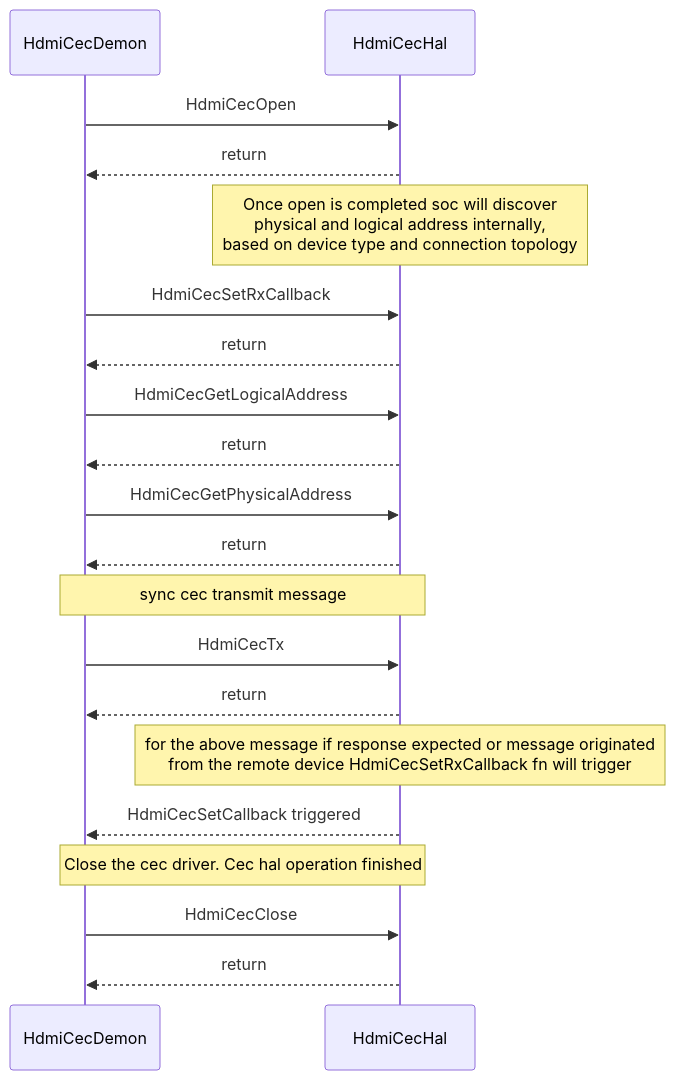
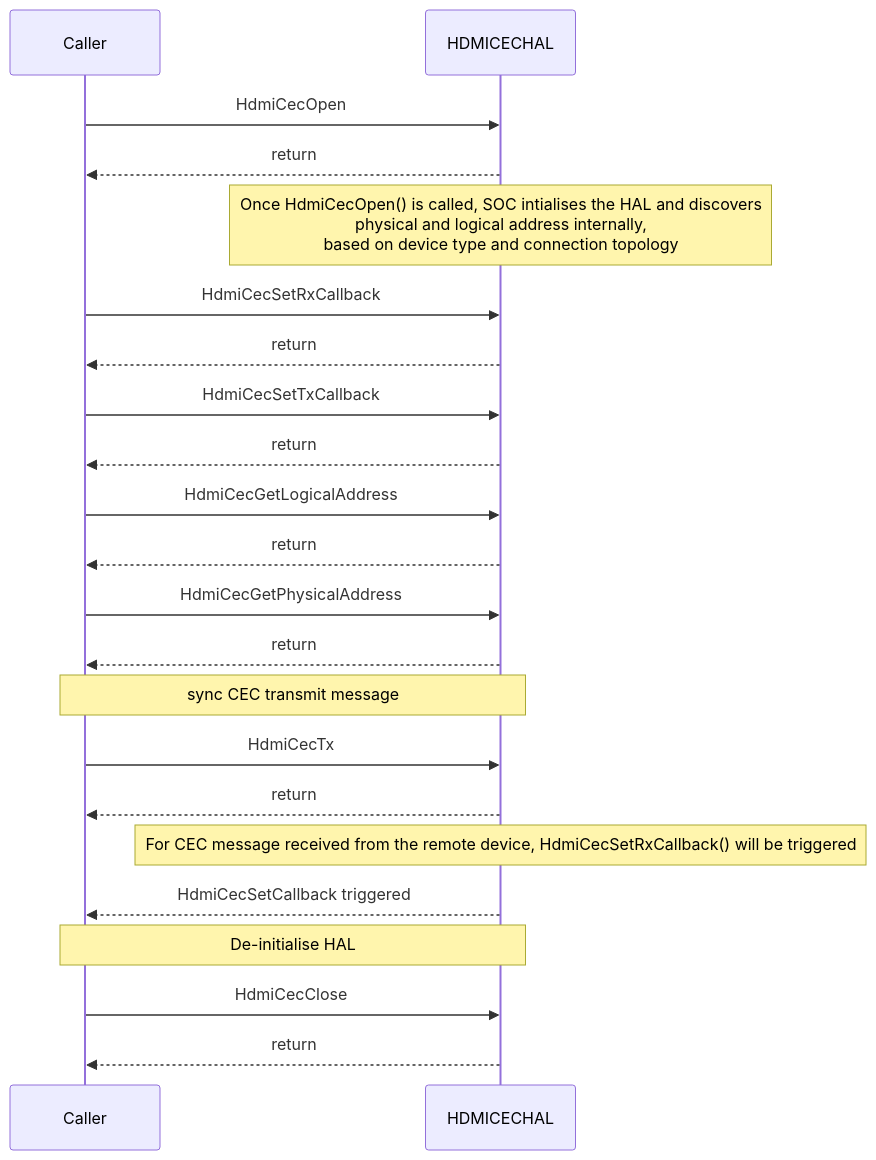
The second of 3 diagrams in docs/pages/halSpec.md (rdkcentral/rdk-halif-hdmi_cec), drawn with Mermaid before and after one commit. The commit also changed other lines of this file, not shown here.

````diff
--- a/docs/pages/halSpec.md
+++ b/docs/pages/halSpec.md
@@ -153,21 +145,23 @@
 ```mermaid
 %%{ init : { "theme" : "default", "flowchart" : { "curve" : "stepBefore" }}}%%
    sequenceDiagram
-    HdmiCecDemon->>HdmiCecHal:HdmiCecOpen
-    HdmiCecHal-->>HdmiCecDemon:return
-    Note over HdmiCecHal: Once open is completed soc will discover <br> physical and logical address internally, <br> based on device type and connection topology
-    HdmiCecDemon->>HdmiCecHal:HdmiCecSetRxCallback
-    HdmiCecHal-->>HdmiCecDemon:return
-    HdmiCecDemon ->>HdmiCecHal:HdmiCecGetLogicalAddress
-    HdmiCecHal-->>HdmiCecDemon:return
-    HdmiCecDemon ->>HdmiCecHal:HdmiCecGetPhysicalAddress
-    HdmiCecHal-->>HdmiCecDemon:return
-    Note over HdmiCecDemon,HdmiCecHal: sync cec transmit message
-    HdmiCecDemon ->>HdmiCecHal:HdmiCecTx
-    HdmiCecHal-->>HdmiCecDemon:return
-    Note over HdmiCecHal: for the above message if response expected or message originated <br> from the remote device HdmiCecSetRxCallback fn will trigger
-    HdmiCecHal-->>HdmiCecDemon:HdmiCecSetCallback triggered
-    Note over HdmiCecDemon,HdmiCecHal: Close the cec driver. Cec hal operation finished
-    HdmiCecDemon ->>HdmiCecHal:HdmiCecClose
-    HdmiCecHal-->>HdmiCecDemon:return
+    Caller->>HDMICECHAL:HdmiCecOpen
+    HDMICECHAL-->>Caller:return
+    Note over HDMICECHAL: Once HdmiCecOpen() is called, SOC intialises the HAL and discovers <br> physical and logical address internally, <br> based on device type and connection topology
+    Caller->>HDMICECHAL:HdmiCecSetRxCallback
+    HDMICECHAL-->>Caller:return
+    Caller->>HDMICECHAL:HdmiCecSetTxCallback
+    HDMICECHAL-->>Caller:return
+    Caller ->>HDMICECHAL:HdmiCecGetLogicalAddress
+    HDMICECHAL-->>Caller:return
+    Caller ->>HDMICECHAL:HdmiCecGetPhysicalAddress
+    HDMICECHAL-->>Caller:return
+    Note over Caller,HDMICECHAL: sync CEC transmit message
+    Caller ->>HDMICECHAL:HdmiCecTx
+    HDMICECHAL-->>Caller:return
+    Note over HDMICECHAL: For CEC message received from the remote device, HdmiCecSetRxCallback() will be triggered
+    HDMICECHAL-->>Caller:HdmiCecSetCallback triggered
+    Note over Caller,HDMICECHAL: De-initialise HAL
+    Caller ->>HDMICECHAL:HdmiCecClose
+    HDMICECHAL-->>Caller:return
  ```
````
